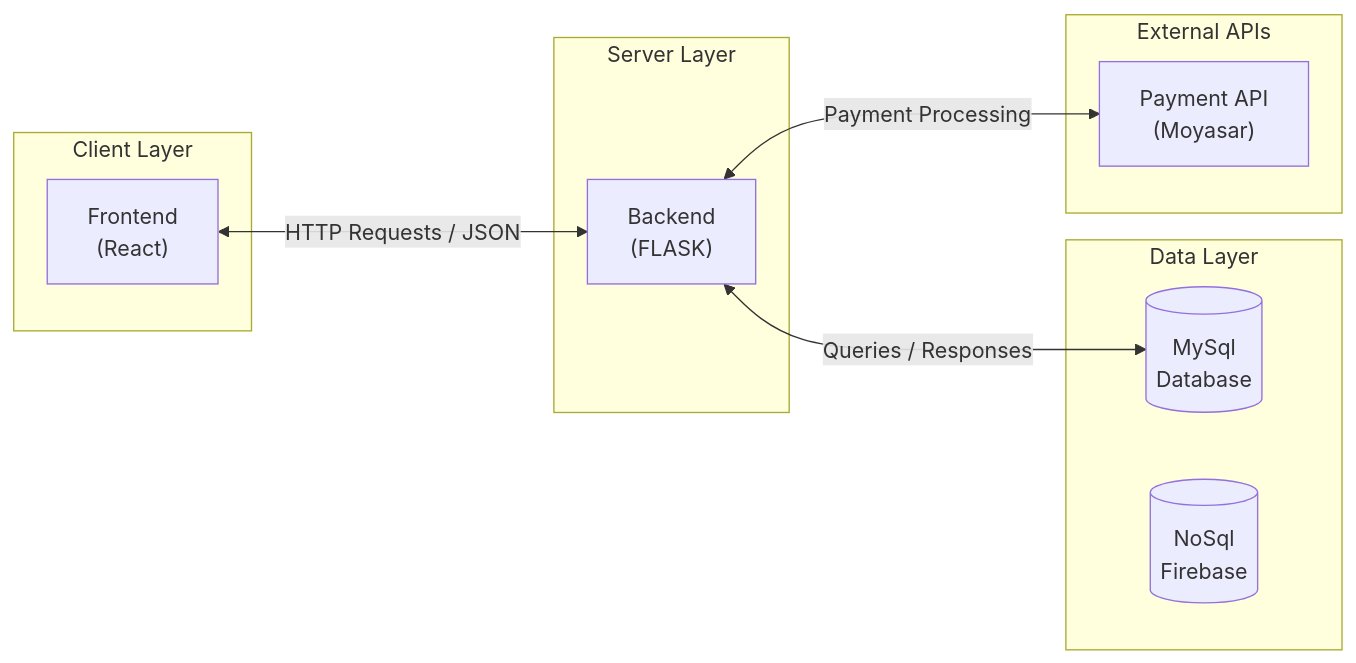
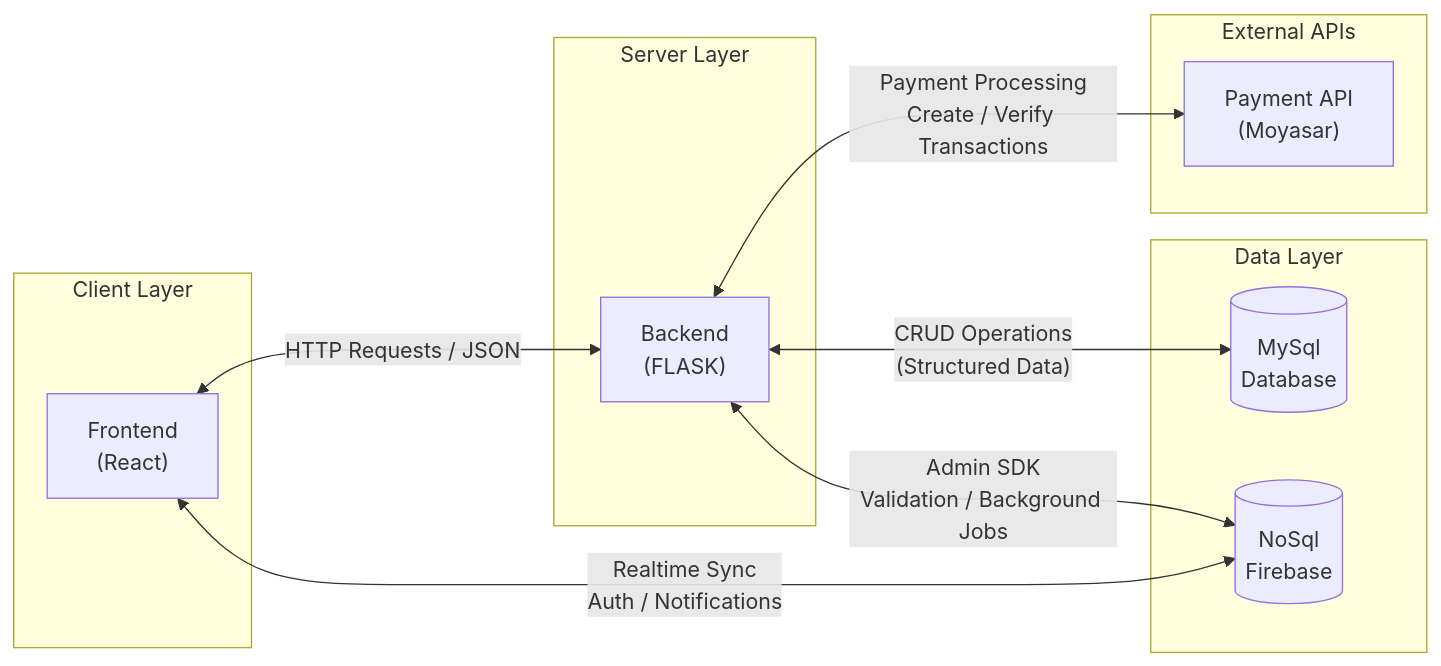
Before and after one commit to aziz5g-tech/holbertonschool-portfolio-project: the first of 2 diagrams in Stage 3/high-level architecture diagram .md, drawn with Mermaid.

Commit message:
Enhance architecture diagram with data flow details
Updated the architecture diagram to include additional data flows between the client, backend, and external services.

````diff
--- a/Stage 3/high-level architecture diagram .md
+++ b/Stage 3/high-level architecture diagram .md
@@ -4,23 +4,34 @@
 ```mermaid
 flowchart LR
     subgraph Client["Client Layer"]
         FE["Frontend<br/>(React)"]
     end
 
     subgraph Server["Server Layer"]
         BE["Backend<br/>(FLASK)"]
     end
 
     subgraph Data["Data Layer"]
         DB[(MySql<br/>Database)]
         DB2[(NoSql<br/>Firebase)]
     end
 
     subgraph External["External APIs"]
         MOYASAR["Payment API<br/>(Moyasar)"]
     end
 
+    %% Client ↔ Backend
     FE <-->|"HTTP Requests / JSON"| BE
-    BE <-->|"Queries / Responses"| DB
-    BE <-->|"Payment Processing"| MOYASAR
+
+    %% Backend ↔ MySQL
+    BE <-->|"CRUD Operations<br/>(Structured Data)"| DB
+
+    %% Backend ↔ Payment Gateway
+    BE <-->|"Payment Processing<br/>Create / Verify Transactions"| MOYASAR
+
+    %% Client ↔ Firebase
+    FE <-->|"Realtime Sync<br/>Auth / Notifications"| DB2
+
+    %% Backend ↔ Firebase
+    BE <-->|"Admin SDK<br/>Validation / Background Jobs"| DB2
 ```
````
